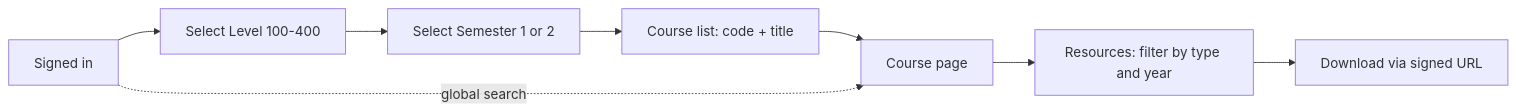
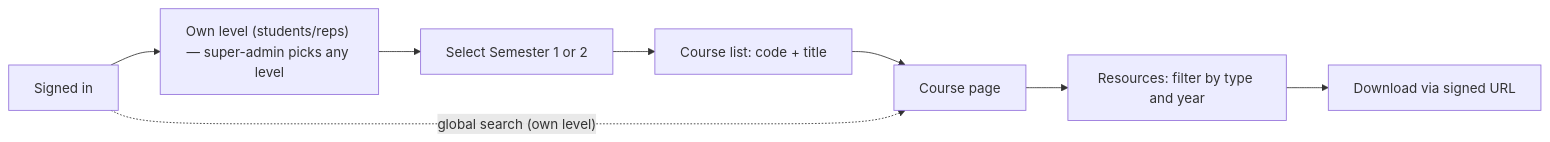
The fourth of 8 diagrams in docs/CS-Resource-Hub-Design-v1.1.md (Memuna1Lukman/CS-project), drawn with Mermaid before and after one commit. The commit also changed other lines of this file and 1 other file, not shown here.

Commit message:
docs: level-scoped reads (Option B) in design doc + decisions

````diff
--- a/docs/CS-Resource-Hub-Design-v1.1.md
+++ b/docs/CS-Resource-Hub-Design-v1.1.md
@@ -112,10 +134,10 @@
 ```mermaid
 flowchart LR
-    Login["Signed in"] --> Level["Select Level 100-400"]
+    Login["Signed in"] --> Level["Own level (students/reps) — super-admin picks any level"]
     Level --> Semester["Select Semester 1 or 2"]
     Semester --> Courses["Course list: code + title"]
     Courses --> Course["Course page"]
     Course --> Resources["Resources: filter by type and year"]
     Resources --> Download["Download via signed URL"]
-    Login -. "global search" .-> Course
+    Login -. "global search (own level)" .-> Course
 ```
````
